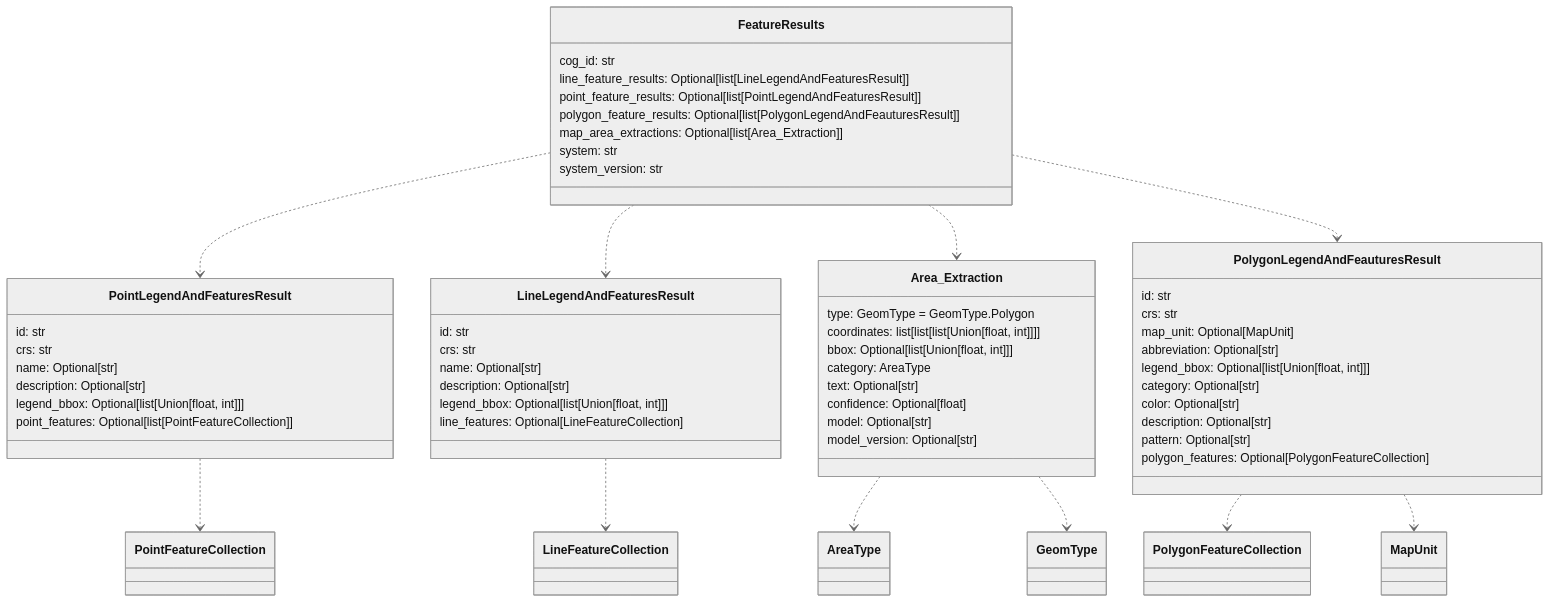
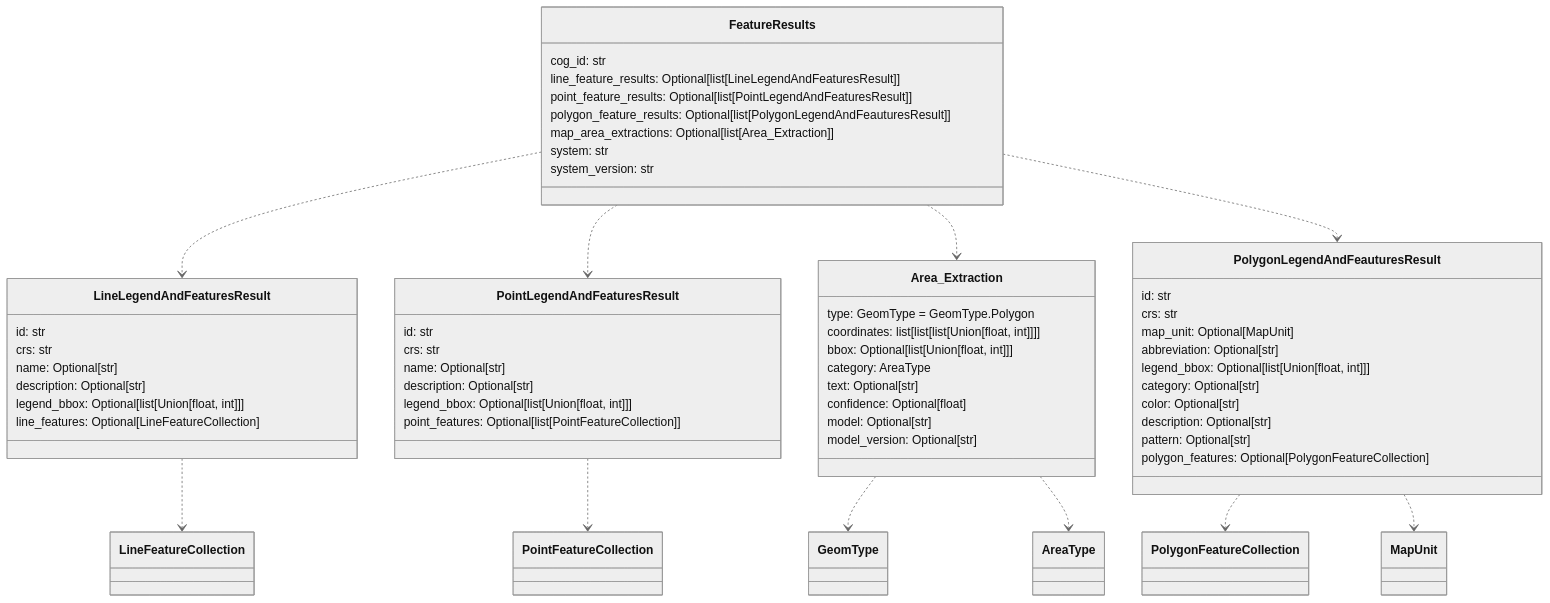
Before and after one commit to DARPA-CRITICALMAAS/cdr_schemas: the third of 4 diagrams in README.md, drawn with Mermaid (neutral theme). The commit also changed other lines of this file, not shown here.

````diff
--- a/README.md
+++ b/README.md
@@ -188,68 +188,68 @@
 ```mermaid
 classDiagram
+
+    class LineLegendAndFeaturesResult {
+        id: str
+        crs: str
+        name: Optional[str]
+        description: Optional[str]
+        legend_bbox: Optional[list[Union[float, int]]]
+        line_features: Optional[LineFeatureCollection]
+    }
 
     class PointLegendAndFeaturesResult {
         id: str
         crs: str
         name: Optional[str]
         description: Optional[str]
         legend_bbox: Optional[list[Union[float, int]]]
         point_features: Optional[list[PointFeatureCollection]]
-    }
-
-    class Area_Extraction {
-        type: GeomType = GeomType.Polygon
-        coordinates: list[list[list[Union[float, int]]]]
-        bbox: Optional[list[Union[float, int]]]
-        category: AreaType
-        text: Optional[str]
-        confidence: Optional[float]
-        model: Optional[str]
-        model_version: Optional[str]
     }
 
     class PolygonLegendAndFeauturesResult {
         id: str
         crs: str
         map_unit: Optional[MapUnit]
         abbreviation: Optional[str]
         legend_bbox: Optional[list[Union[float, int]]]
         category: Optional[str]
         color: Optional[str]
         description: Optional[str]
         pattern: Optional[str]
         polygon_features: Optional[PolygonFeatureCollection]
     }
 
     class FeatureResults {
         cog_id: str
         line_feature_results: Optional[list[LineLegendAndFeaturesResult]]
         point_feature_results: Optional[list[PointLegendAndFeaturesResult]]
         polygon_feature_results: Optional[list[PolygonLegendAndFeauturesResult]]
         map_area_extractions: Optional[list[Area_Extraction]]
         system: str
         system_version: str
     }
 
-    class LineLegendAndFeaturesResult {
-        id: str
-        crs: str
-        name: Optional[str]
-        description: Optional[str]
-        legend_bbox: Optional[list[Union[float, int]]]
-        line_features: Optional[LineFeatureCollection]
+    class Area_Extraction {
+        type: GeomType = GeomType.Polygon
+        coordinates: list[list[list[Union[float, int]]]]
+        bbox: Optional[list[Union[float, int]]]
+        category: AreaType
+        text: Optional[str]
+        confidence: Optional[float]
+        model: Optional[str]
+        model_version: Optional[str]
     }
 
+    Area_Extraction ..> GeomType
     Area_Extraction ..> AreaType
-    Area_Extraction ..> GeomType
     LineLegendAndFeaturesResult ..> LineFeatureCollection
     PointLegendAndFeaturesResult ..> PointFeatureCollection
     PolygonLegendAndFeauturesResult ..> PolygonFeatureCollection
     PolygonLegendAndFeauturesResult ..> MapUnit
+    FeatureResults ..> LineLegendAndFeaturesResult
     FeatureResults ..> PointLegendAndFeaturesResult
-    FeatureResults ..> LineLegendAndFeaturesResult
     FeatureResults ..> Area_Extraction
     FeatureResults ..> PolygonLegendAndFeauturesResult
 
 
 ```
````
